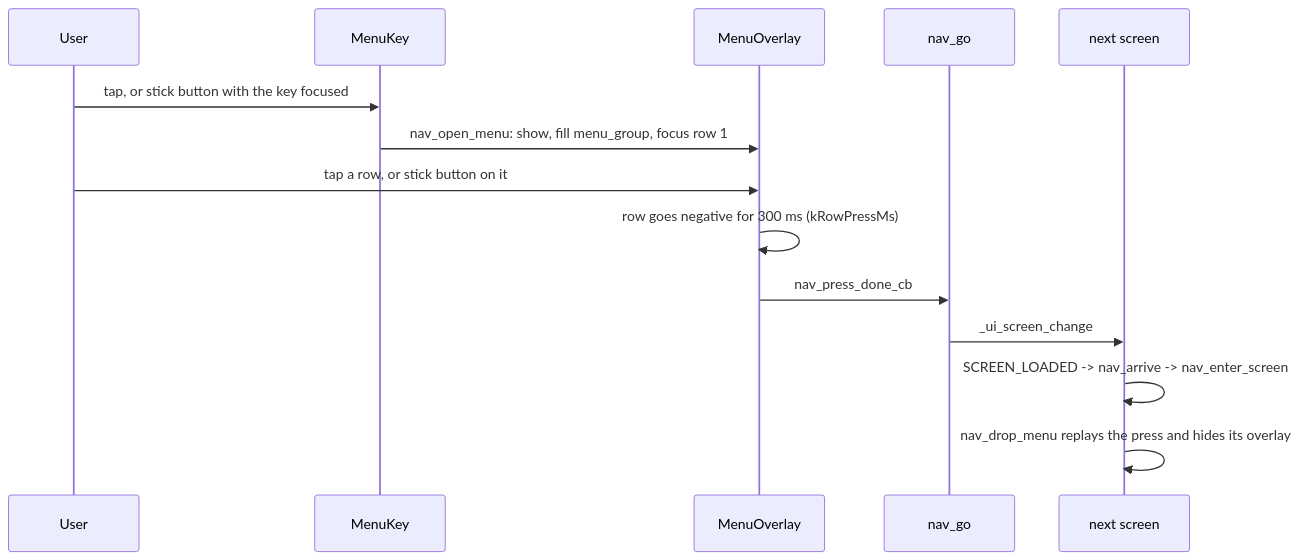
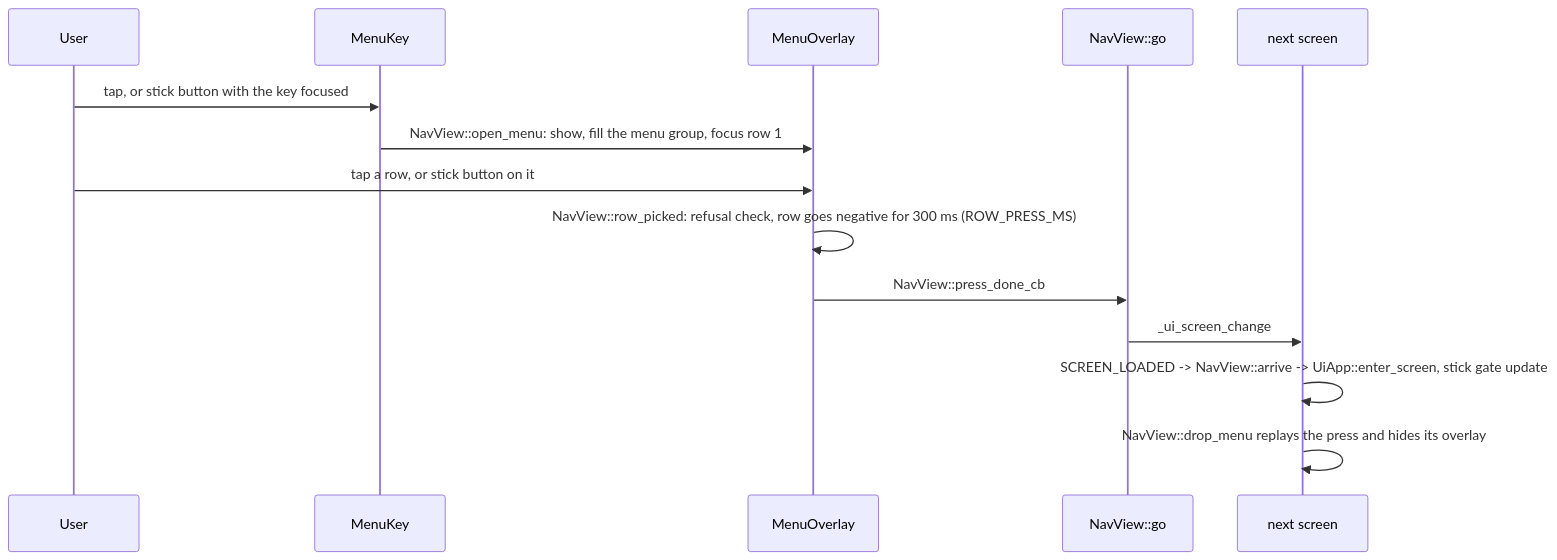
One commit to rammp-org/pace-hmi-fw changed the second of 3 diagrams in docs/ui-architecture.md. Above: the diagram before and after it, drawn with Mermaid. The commit also changed other lines of this file and 7 other files, not shown here.

````diff
--- a/docs/ui-architecture.md
+++ b/docs/ui-architecture.md
@@ -147,16 +151,16 @@
 ```mermaid
 sequenceDiagram
   participant U as User
   participant K as MenuKey
   participant M as MenuOverlay
-  participant N as nav_go
+  participant N as NavView::go
   participant S as next screen
   U->>K: tap, or stick button with the key focused
-  K->>M: nav_open_menu: show, fill menu_group, focus row 1
+  K->>M: NavView::open_menu: show, fill the menu group, focus row 1
   U->>M: tap a row, or stick button on it
-  M->>M: row goes negative for 300 ms (kRowPressMs)
-  M->>N: nav_press_done_cb
+  M->>M: NavView::row_picked: refusal check, row goes negative for 300 ms (ROW_PRESS_MS)
+  M->>N: NavView::press_done_cb
   N->>S: _ui_screen_change
-  S->>S: SCREEN_LOADED -> nav_arrive -> nav_enter_screen
-  S->>S: nav_drop_menu replays the press and hides its overlay
+  S->>S: SCREEN_LOADED -> NavView::arrive -> UiApp::enter_screen, stick gate update
+  S->>S: NavView::drop_menu replays the press and hides its overlay
 ```
````
